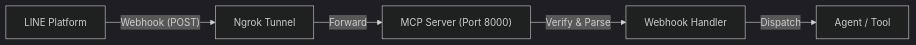
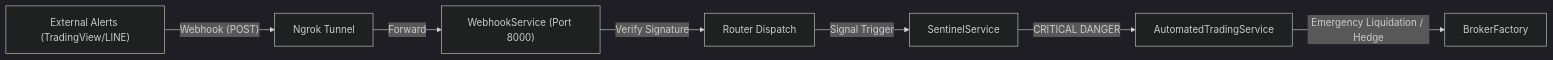
Before and after one commit to neohsiung/AI-Investment-Advisor: the third of 3 diagrams in wiki/04_架構觀點-Architect_Views/系統全景圖-System-Landscape.md, drawn with Mermaid (dark theme). The commit also changed other lines of this file and 21 other files, not shown here.

````diff
--- a/wiki/04_架構觀點-Architect_Views/系統全景圖-System-Landscape.md
+++ b/wiki/04_架構觀點-Architect_Views/系統全景圖-System-Landscape.md
@@ -106,7 +113,9 @@
 ```mermaid
 graph LR
-    Line["LINE Platform"] -->|"Webhook (POST)"| Ngrok["Ngrok Tunnel"]
-    Ngrok -->|"Forward"| MCP["MCP Server (Port 8000)"]
-    MCP -->|"Verify & Parse"| Handler["Webhook Handler"]
-    Handler -->|"Dispatch"| Agent["Agent / Tool"]
+    Ext["External Alerts (TradingView/LINE)"] -->|"Webhook (POST)"| Ngrok["Ngrok Tunnel"]
+    Ngrok -->|"Forward"| WHS["WebhookService (Port 8000)"]
+    WHS -->|"Verify Signature"| Routing["Router Dispatch"]
+    Routing -->|"Signal Trigger"| Sentinel["SentinelService"]
+    Sentinel -->|"CRITICAL DANGER"| ATS["AutomatedTradingService"]
+    ATS -->|"Emergency Liquidation / Hedge"| Broker["BrokerFactory"]
 ```
````
